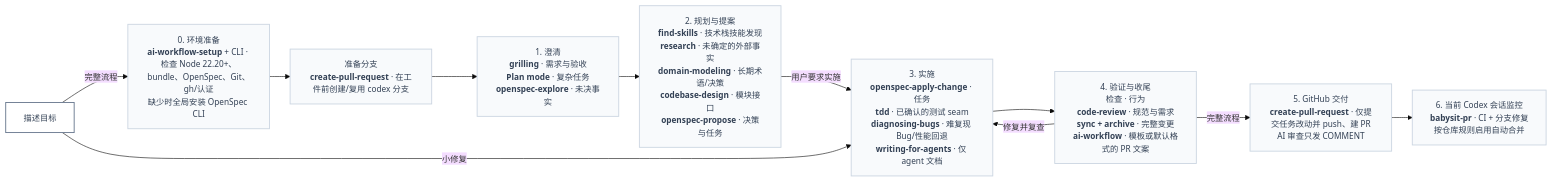
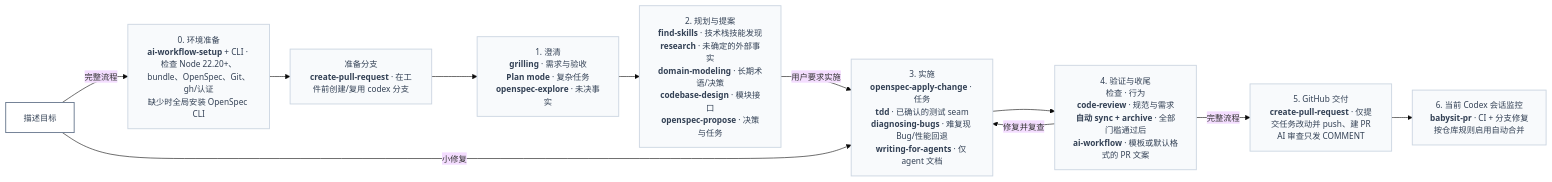
One commit to shuaibilx/AI-workflow-coding changed the first of 2 diagrams in README.zh-CN.md. Above: the diagram before and after it, drawn with Mermaid. The commit also changed other lines of this file and 28 other files, not shown here.

````diff
--- a/README.zh-CN.md
+++ b/README.zh-CN.md
@@ -33,16 +35,16 @@
 ```mermaid
 %%{init: {"theme":"base","themeVariables":{"fontSize":"14px"},"flowchart":{"nodeSpacing":18,"rankSpacing":35,"wrappingWidth":180}}}%%
 flowchart LR
     G[描述目标]:::start -->|完整流程| S["0. 环境准备<br/><span style='color:#174ea6'><b>ai-workflow-setup</b></span> + CLI · 检查 Node 22.20+、bundle、OpenSpec、Git、gh/认证<br/>缺少时全局安装 OpenSpec CLI"]:::stage
     S --> B["准备分支<br/><span style='color:#174ea6'><b>create-pull-request</b></span> · 在工件前创建/复用 codex 分支"]:::stage
     B --> C["1. 澄清<br/><span style='color:#174ea6'><b>grilling</b></span> · 需求与验收<br/><span style='color:#174ea6'><b>Plan mode</b></span> · 复杂任务<br/><span style='color:#174ea6'><b>openspec-explore</b></span> · 未决事实"]:::stage
     C --> P["2. 规划与提案<br/><span style='color:#174ea6'><b>find-skills</b></span> · 技术栈技能发现<br/><span style='color:#174ea6'><b>research</b></span> · 未确定的外部事实<br/><span style='color:#174ea6'><b>domain-modeling</b></span> · 长期术语/决策<br/><span style='color:#174ea6'><b>codebase-design</b></span> · 模块接口<br/><span style='color:#174ea6'><b>openspec-propose</b></span> · 决策与任务"]:::stage
     P -->|用户要求实施| I["3. 实施<br/><span style='color:#174ea6'><b>openspec-apply-change</b></span> · 任务<br/><span style='color:#174ea6'><b>tdd</b></span> · 已确认的测试 seam<br/><span style='color:#174ea6'><b>diagnosing-bugs</b></span> · 难复现 Bug/性能回退<br/><span style='color:#174ea6'><b>writing-for-agents</b></span> · 仅 agent 文档"]:::stage
-    I --> V["4. 验证与收尾<br/>检查 · 行为<br/><span style='color:#174ea6'><b>code-review</b></span> · 规范与需求<br/><span style='color:#174ea6'><b>sync + archive</b></span> · 完整变更<br/><span style='color:#174ea6'><b>ai-workflow</b></span> · 模板或默认格式的 PR 文案"]:::stage
+    I --> V["4. 验证与收尾<br/>检查 · 行为<br/><span style='color:#174ea6'><b>code-review</b></span> · 规范与需求<br/><span style='color:#174ea6'><b>自动 sync + archive</b></span> · 全部门槛通过后<br/><span style='color:#174ea6'><b>ai-workflow</b></span> · 模板或默认格式的 PR 文案"]:::stage
     G -->|小修复| I
     V -->|修复并复查| I
     V -->|完整流程| D["5. GitHub 交付<br/><span style='color:#174ea6'><b>create-pull-request</b></span> · 仅提交任务改动并 push、建 PR<br/>AI 审查只发 COMMENT"]:::stage
     D --> M["6. 当前 Codex 会话监控<br/><span style='color:#174ea6'><b>babysit-pr</b></span> · CI + 分支修复<br/>按仓库规则启用自动合并"]:::stage
     classDef start fill:#ffffff,stroke:#64748b,color:#334155,stroke-width:1.5px
     classDef stage fill:#f8fafc,stroke:#cbd5e1,color:#334155,stroke-width:1.5px
 ```
````
